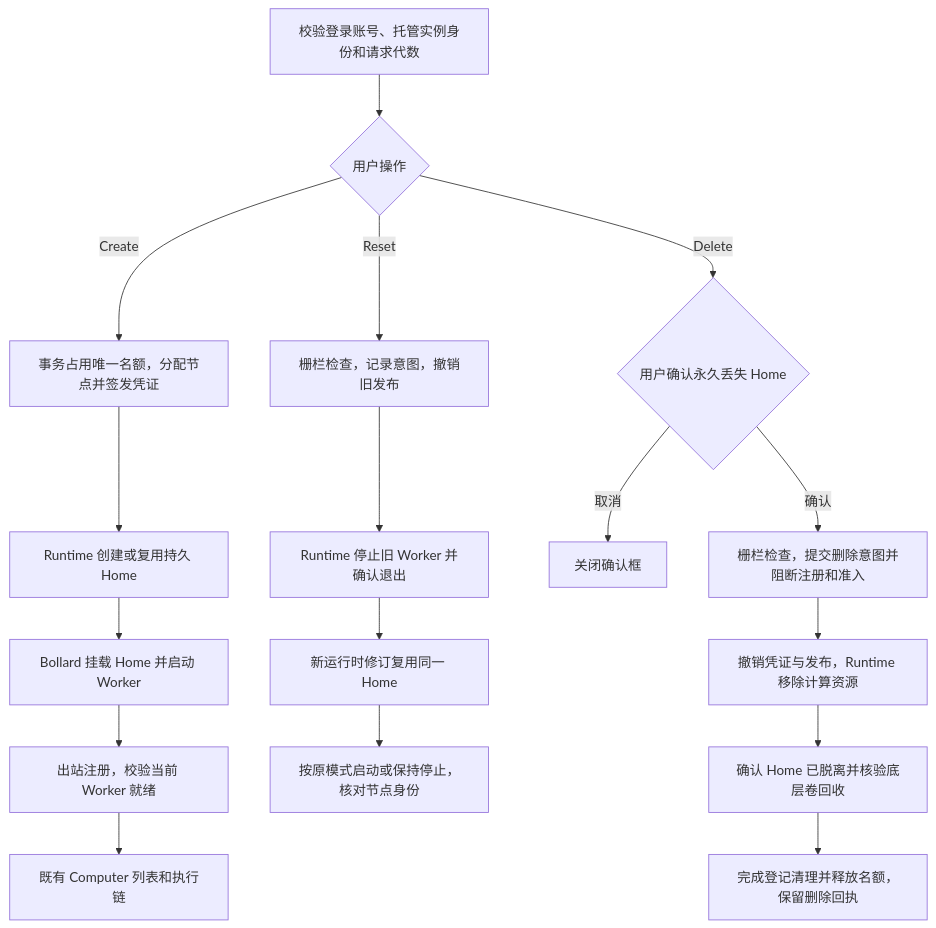
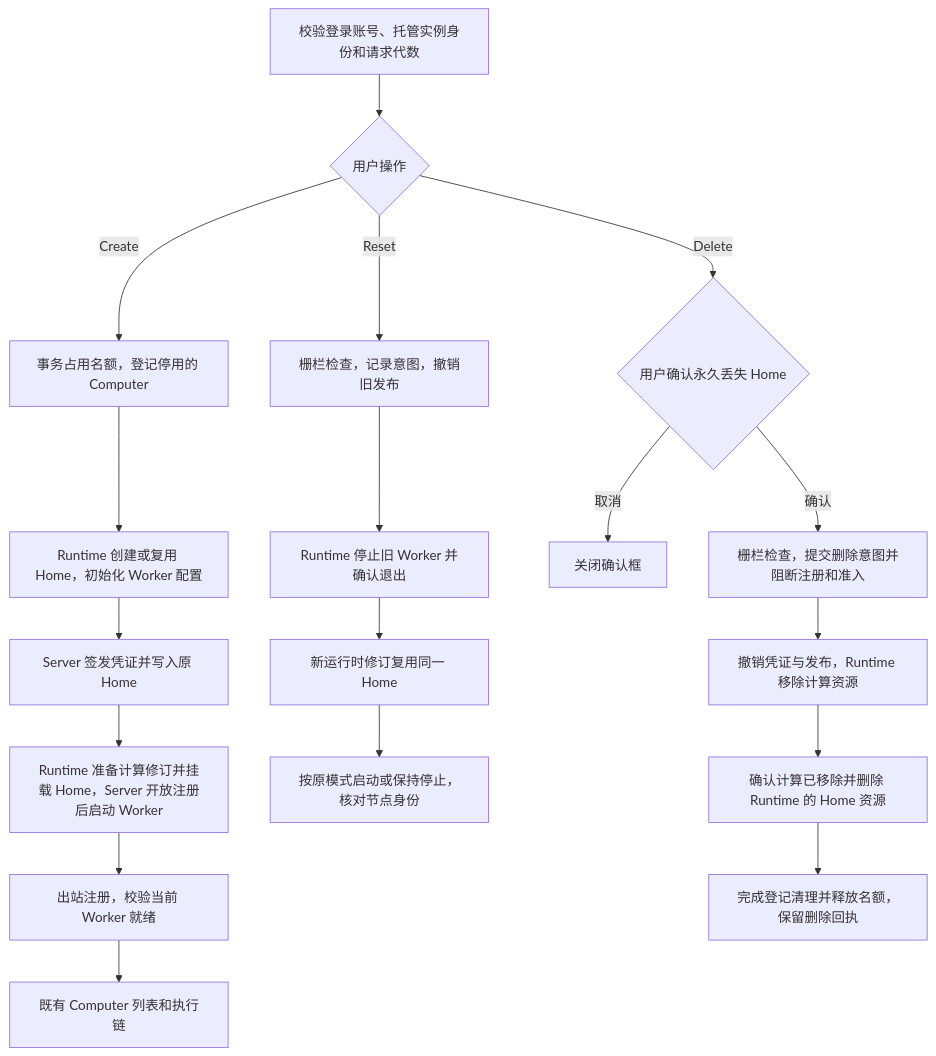
Before and after one commit to apilots/talos: the fourth of 4 diagrams in spec/feat-054-managed-talo/design.md, drawn with Mermaid. The commit also changed other lines of this file, not shown here.

First line of the commit message:
docs(talo): align managed runtime spec with implementation

````diff
--- a/spec/feat-054-managed-talo/design.md
+++ b/spec/feat-054-managed-talo/design.md
@@ -252,19 +246,20 @@
 ```mermaid
 flowchart TD
     A["校验登录账号、托管实例身份和请求代数"] --> B{"用户操作"}
-    B -->|Create| C["事务占用唯一名额，分配节点并签发凭证"]
-    C --> D["Runtime 创建或复用持久 Home"]
-    D --> E["Bollard 挂载 Home 并启动 Worker"]
+    B -->|Create| C["事务占用名额，登记停用的 Computer"]
+    C --> D["Runtime 创建或复用 Home，初始化 Worker 配置"]
+    D --> PKEY["Server 签发凭证并写入原 Home"]
+    PKEY --> E["Runtime 准备计算修订并挂载 Home，Server 开放注册后启动 Worker"]
     E --> F["出站注册，校验当前 Worker 就绪"]
     F --> G["既有 Computer 列表和执行链"]
     B -->|Reset| H["栅栏检查，记录意图，撤销旧发布"]
     H --> I["Runtime 停止旧 Worker 并确认退出"]
     I --> J["新运行时修订复用同一 Home"]
     J --> K["按原模式启动或保持停止，核对节点身份"]
     B -->|Delete| L{"用户确认永久丢失 Home"}
     L -->|取消| M["关闭确认框"]
     L -->|确认| N["栅栏检查，提交删除意图并阻断注册和准入"]
     N --> O["撤销凭证与发布，Runtime 移除计算资源"]
-    O --> P["确认 Home 已脱离并核验底层卷回收"]
+    O --> P["确认计算已移除并删除 Runtime 的 Home 资源"]
     P --> Q["完成登记清理并释放名额，保留删除回执"]
 ```
````
